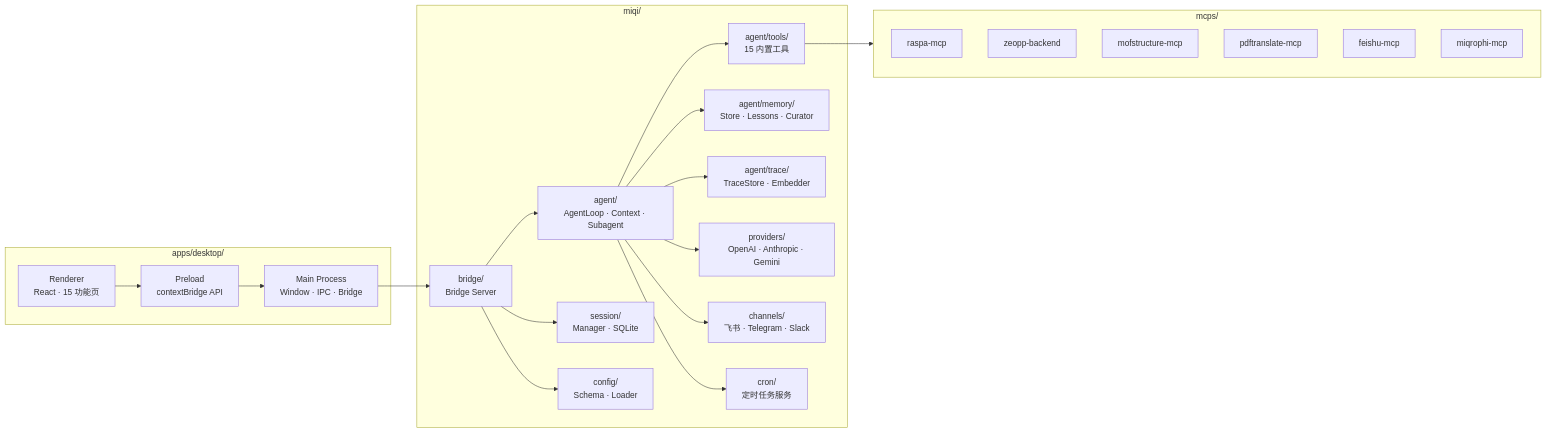
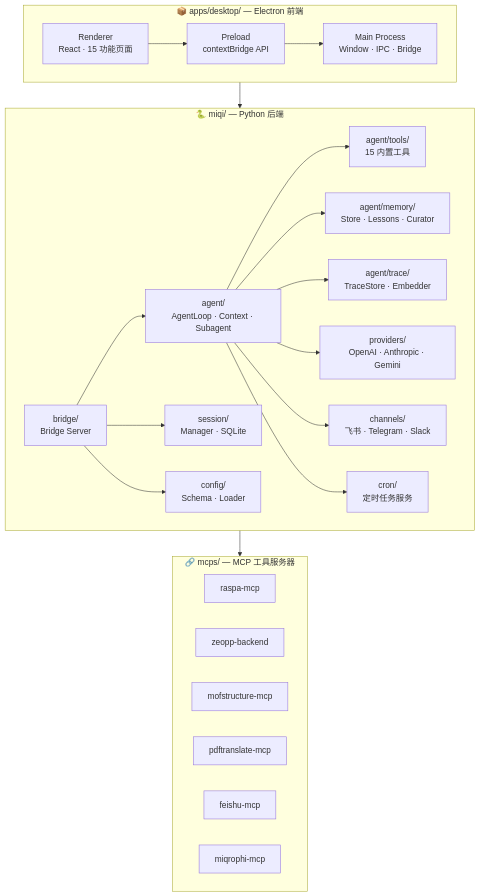
Before and after one commit to 14790897/MiQi: the diagram in docs/architecture/project-structure.md, drawn with Mermaid. The commit also changed 4 other files, not shown here.

Commit message:
docs: add mermaid zoom and restructure architecture diagrams

````diff
--- a/docs/architecture/project-structure.md
+++ b/docs/architecture/project-structure.md
@@ -5,43 +5,46 @@
 ```mermaid
-graph LR
-    subgraph APPS["apps/desktop/"]
+graph TB
+    subgraph APPS["📦 apps/desktop/ — Electron 前端"]
+        direction LR
         MAIN["Main Process<br/>Window · IPC · Bridge"]
-        RENDERER["Renderer<br/>React · 15 功能页"]
+        RENDERER["Renderer<br/>React · 15 功能页面"]
         PRELOAD["Preload<br/>contextBridge API"]
     end
 
-    subgraph MIQI["miqi/"]
+    subgraph MIQI["🐍 miqi/ — Python 后端"]
+        direction LR
         AGENT["agent/<br/>AgentLoop · Context · Subagent"]
         TOOLS["agent/tools/<br/>15 内置工具"]
         BRIDGE["bridge/<br/>Bridge Server"]
         MEMORY["agent/memory/<br/>Store · Lessons · Curator"]
         TRACE["agent/trace/<br/>TraceStore · Embedder"]
         PROVIDERS["providers/<br/>OpenAI · Anthropic · Gemini"]
         SESSION["session/<br/>Manager · SQLite"]
         CONFIG["config/<br/>Schema · Loader"]
         CHANNELS["channels/<br/>飞书 · Telegram · Slack"]
         CRON["cron/<br/>定时任务服务"]
     end
 
-    subgraph MCPS["mcps/"]
+    subgraph MCPS["🔗 mcps/ — MCP 工具服务器"]
+        direction LR
         RASPA["raspa-mcp"]
         ZEO["zeopp-backend"]
         MOFSTRUCT["mofstructure-mcp"]
         PDFTL["pdftranslate-mcp"]
         FEISHU["feishu-mcp"]
         MIQRO["miqrophi-mcp"]
     end
 
     RENDERER --> PRELOAD --> MAIN
     MAIN --> BRIDGE
     BRIDGE --> AGENT
     AGENT --> TOOLS
     AGENT --> MEMORY
     AGENT --> TRACE
     AGENT --> PROVIDERS
     BRIDGE --> SESSION
     BRIDGE --> CONFIG
     TOOLS --> MCPS
     AGENT --> CHANNELS
     AGENT --> CRON
 ```
````
